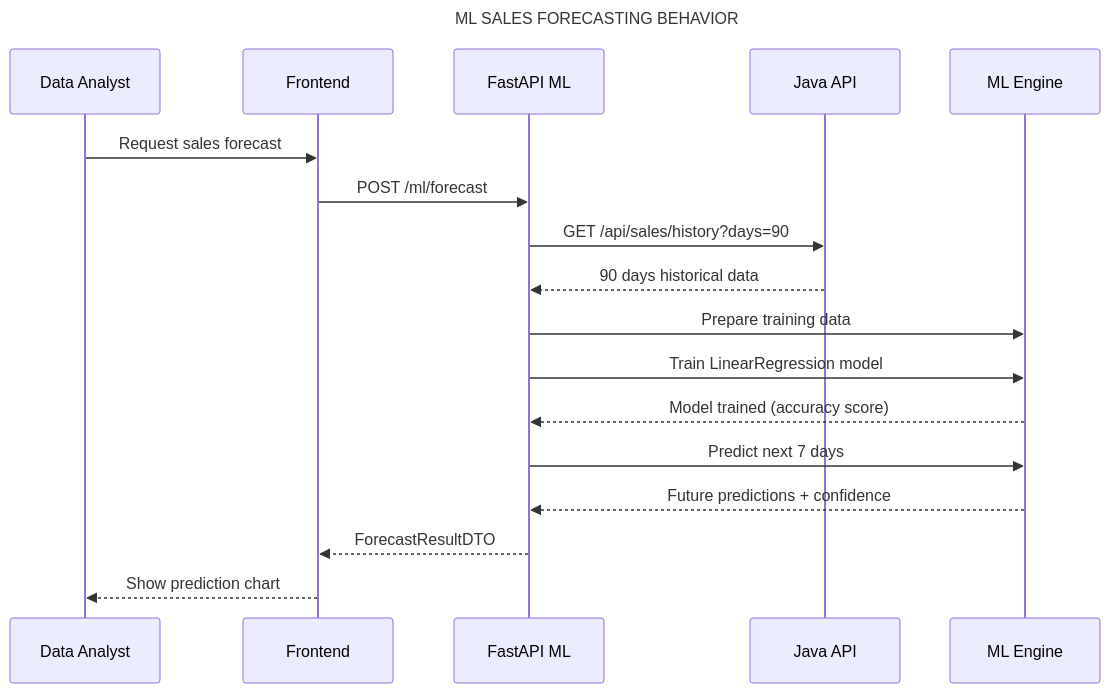
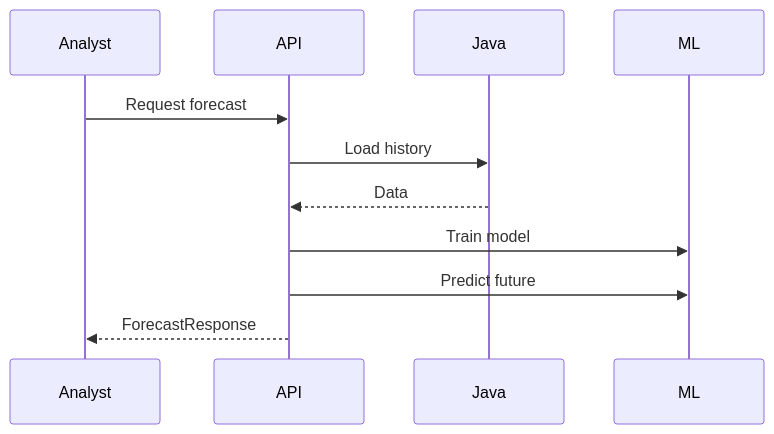
One commit to rado4002/-SalesFlow-Lite changed the tenth of 10 diagrams in backend-python/docs/SOFTWAREE DESIGN.md. Above: the diagram before and after it, drawn with Mermaid. The commit also changed other lines of this file, not shown here.

````diff
--- a/backend-python/docs/SOFTWAREE DESIGN.md
+++ b/backend-python/docs/SOFTWAREE DESIGN.md
@@ -447,22 +329,14 @@
 ```mermaid
 sequenceDiagram
-    title ML SALES FORECASTING BEHAVIOR
+    participant Analyst
+    participant API
+    participant Java
+    participant ML
 
-    participant Analyst as Data Analyst
-    participant Front as Frontend
-    participant API as FastAPI ML
-    participant Java as Java API
-    participant ML as ML Engine
-
-    Analyst->>Front: Request sales forecast
-    Front->>API: POST /ml/forecast
-    API->>Java: GET /api/sales/history?days=90
-    Java-->>API: 90 days historical data
-    API->>ML: Prepare training data
-    API->>ML: Train LinearRegression model
-    ML-->>API: Model trained (accuracy score)
-    API->>ML: Predict next 7 days
-    ML-->>API: Future predictions + confidence
-    API-->>Front: ForecastResultDTO
-    Front-->>Analyst: Show prediction chart
+    Analyst->>API: Request forecast
+    API->>Java: Load history
+    Java-->>API: Data
+    API->>ML: Train model
+    API->>ML: Predict future
+    API-->>Analyst: ForecastResponse
 ```
````
